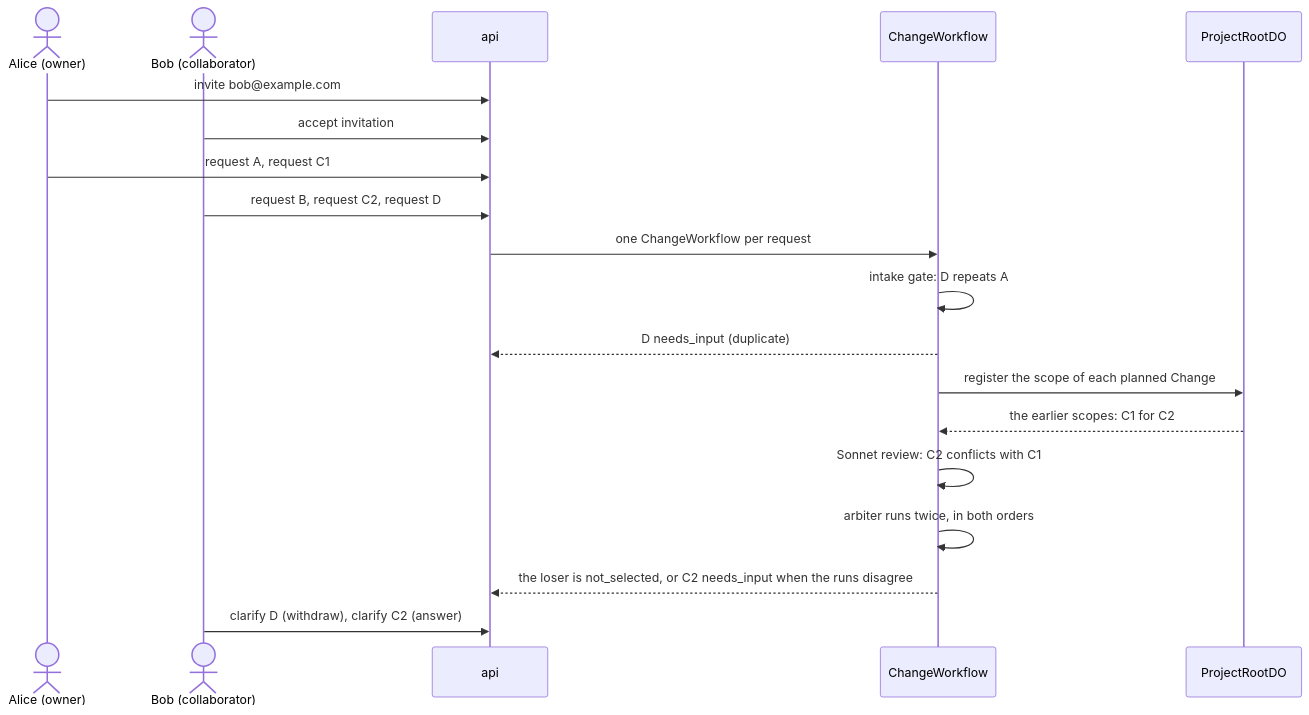
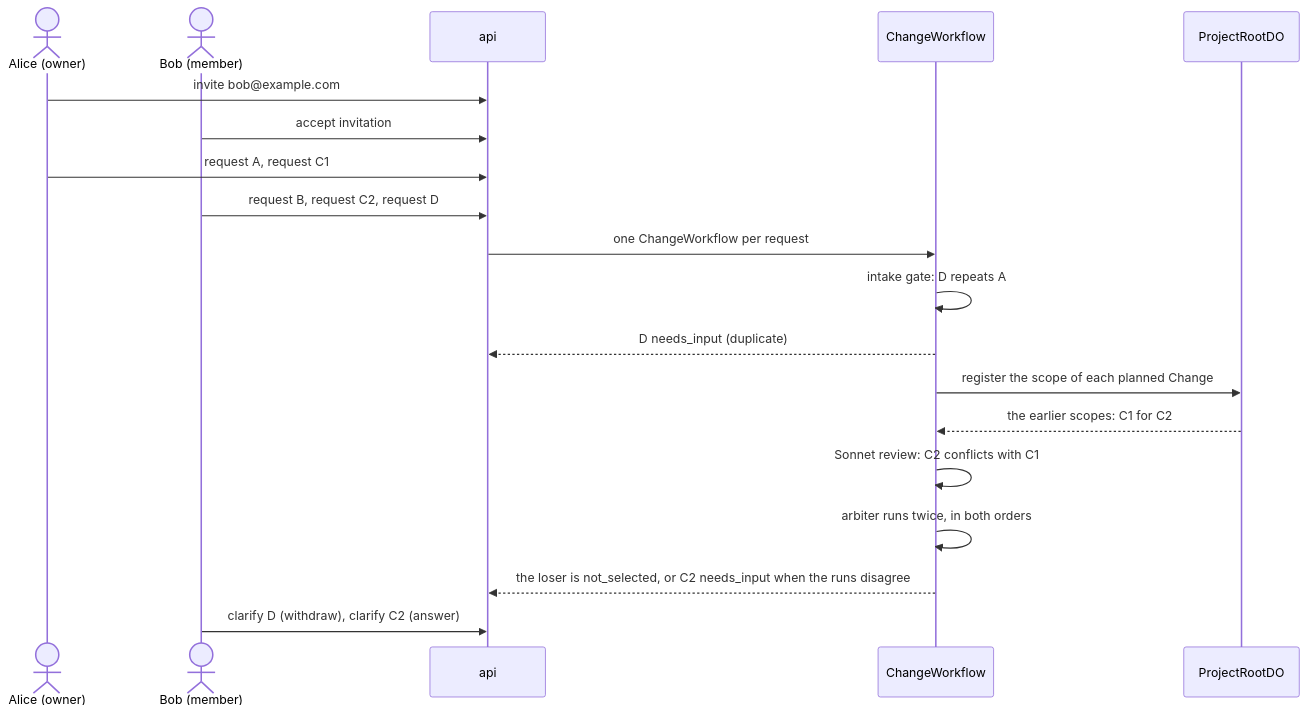
The diagram in docs/demo/shared-requests.md (nsudhanva/rhumbatron), drawn with Mermaid before and after one commit. The commit also changed other lines of this file and 126 other files, not shown here.

````diff
--- a/docs/demo/shared-requests.md
+++ b/docs/demo/shared-requests.md
@@ -7,21 +7,21 @@
 ```mermaid
 sequenceDiagram
   actor A as Alice (owner)
-  actor B as Bob (collaborator)
+  actor B as Bob (member)
   participant API as api
   participant W as ChangeWorkflow
   participant R as ProjectRootDO
   A->>API: invite bob@example.com
   B->>API: accept invitation
   A->>API: request A, request C1
   B->>API: request B, request C2, request D
   API->>W: one ChangeWorkflow per request
   W->>W: intake gate: D repeats A
   W-->>API: D needs_input (duplicate)
   W->>R: register the scope of each planned Change
   R-->>W: the earlier scopes: C1 for C2
   W->>W: Sonnet review: C2 conflicts with C1
   W->>W: arbiter runs twice, in both orders
   W-->>API: the loser is not_selected, or C2 needs_input when the runs disagree
   B->>API: clarify D (withdraw), clarify C2 (answer)
 ```
````
